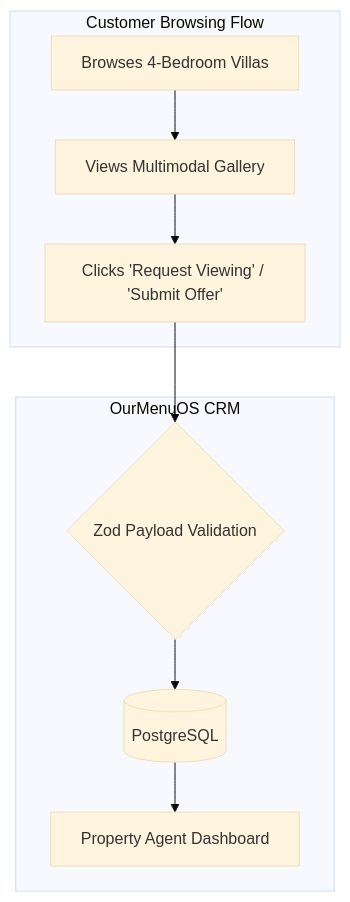
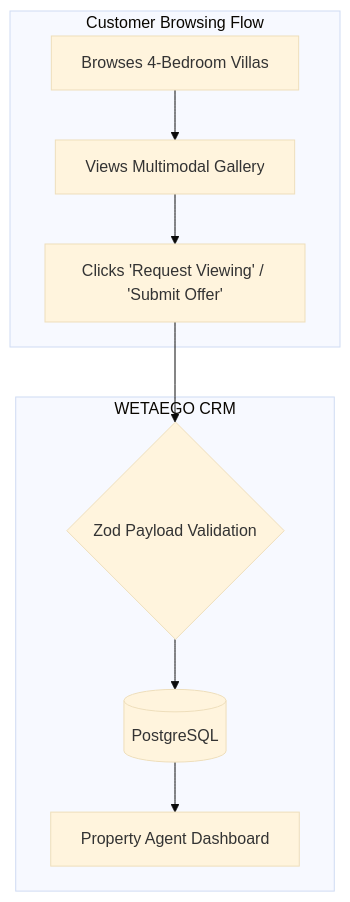
One commit to Kryptopacy/wetaego changed the diagram in docs/use-cases/real-estate.md. Above: the diagram before and after it, drawn with Mermaid (base theme). The commit also changed other lines of this file and 29 other files, not shown here.

````diff
--- a/docs/use-cases/real-estate.md
+++ b/docs/use-cases/real-estate.md
@@ -7,20 +7,20 @@
 ```mermaid
 graph TD
     subgraph Client [Customer Browsing Flow]
         Browse[Browses 4-Bedroom Villas]
         ViewGallery[Views Multimodal Gallery]
         Inquire[Clicks 'Request Viewing' / 'Submit Offer']
     end
 
-    subgraph Backend [OurMenuOS CRM]
+    subgraph Backend [WETAEGO CRM]
         Validation{Zod Payload Validation}
         DB[(PostgreSQL)]
         AgentQueue[Property Agent Dashboard]
     end
 
     Browse --> ViewGallery
     ViewGallery --> Inquire
     Inquire --> Validation
     Validation --> DB
     DB --> AgentQueue
 ```
````
